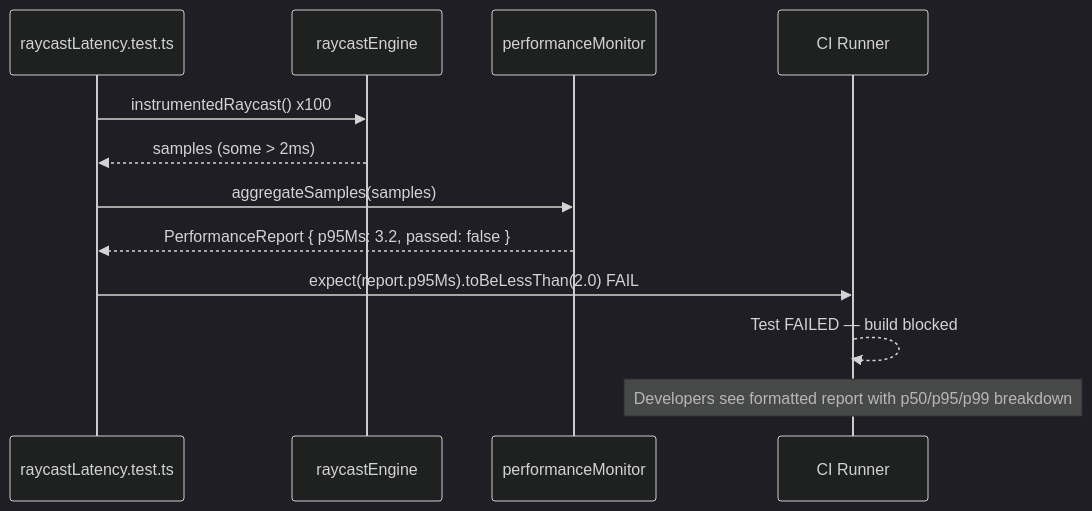
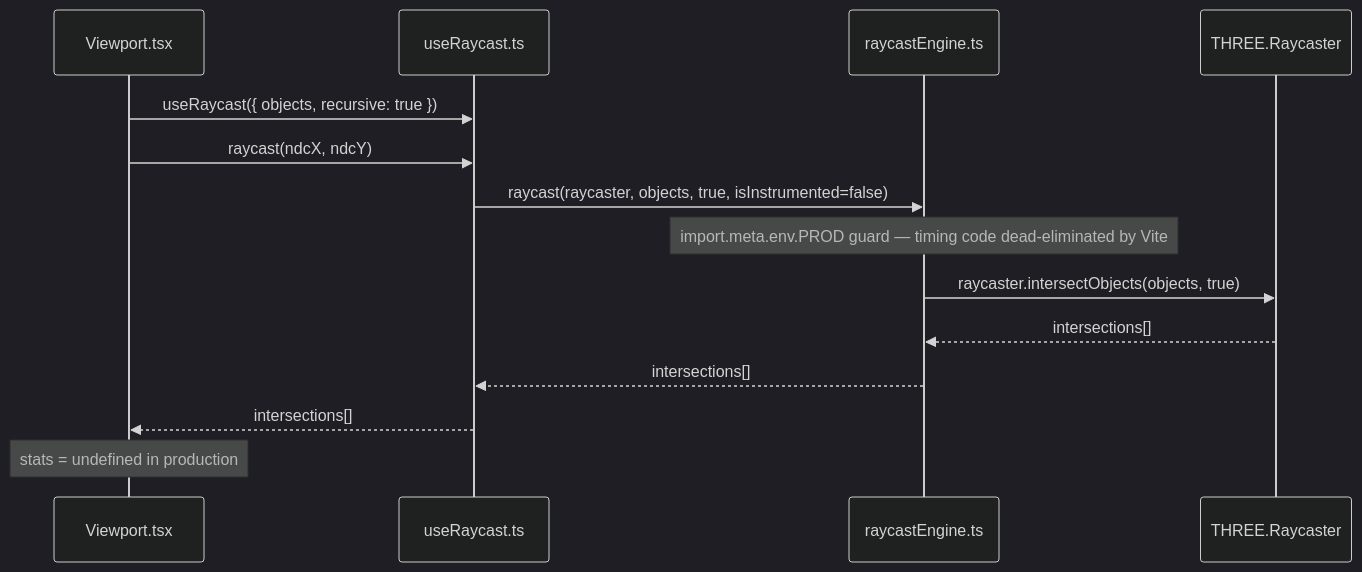
The second of 4 diagrams in docs/features/NFR-PERF-002/LOW_LEVEL_DESIGN.md (sreenivasmrpivot/legobuilder), drawn with Mermaid (dark theme) before and after one commit. The commit also changed other lines of this file, not shown here.

First line of the commit message:
docs: LLD for NFR-PERF-002 — Enforce <2ms raycast latency in 500-brick scenes via instrumented timing

````diff
--- a/docs/features/NFR-PERF-002/LOW_LEVEL_DESIGN.md
+++ b/docs/features/NFR-PERF-002/LOW_LEVEL_DESIGN.md
@@ -280,15 +298,17 @@
 ```mermaid
 sequenceDiagram
-    participant Test as raycastLatency.test.ts
-    participant RE as raycastEngine
-    participant PM as performanceMonitor
-    participant CI as CI Runner
+    participant VP as Viewport.tsx
+    participant Hook as useRaycast.ts
+    participant RE as raycastEngine.ts
+    participant THREE as THREE.Raycaster
 
-    Test->>RE: instrumentedRaycast() x100
-    RE-->>Test: samples (some > 2ms)
-    Test->>PM: aggregateSamples(samples)
-    PM-->>Test: PerformanceReport { p95Ms: 3.2, passed: false }
-    Test->>CI: expect(report.p95Ms).toBeLessThan(2.0) FAIL
-    CI-->>CI: Test FAILED — build blocked
-    Note over CI: Developers see formatted report with p50/p95/p99 breakdown
+    VP->>Hook: useRaycast({ objects, recursive: true })
+    VP->>Hook: raycast(ndcX, ndcY)
+    Hook->>RE: raycast(raycaster, objects, true, isInstrumented=false)
+    Note over RE: import.meta.env.PROD guard — timing code dead-eliminated by Vite
+    RE->>THREE: raycaster.intersectObjects(objects, true)
+    THREE-->>RE: intersections[]
+    RE-->>Hook: intersections[]
+    Hook-->>VP: intersections[]
+    Note over VP: stats = undefined in production
 ```
````
